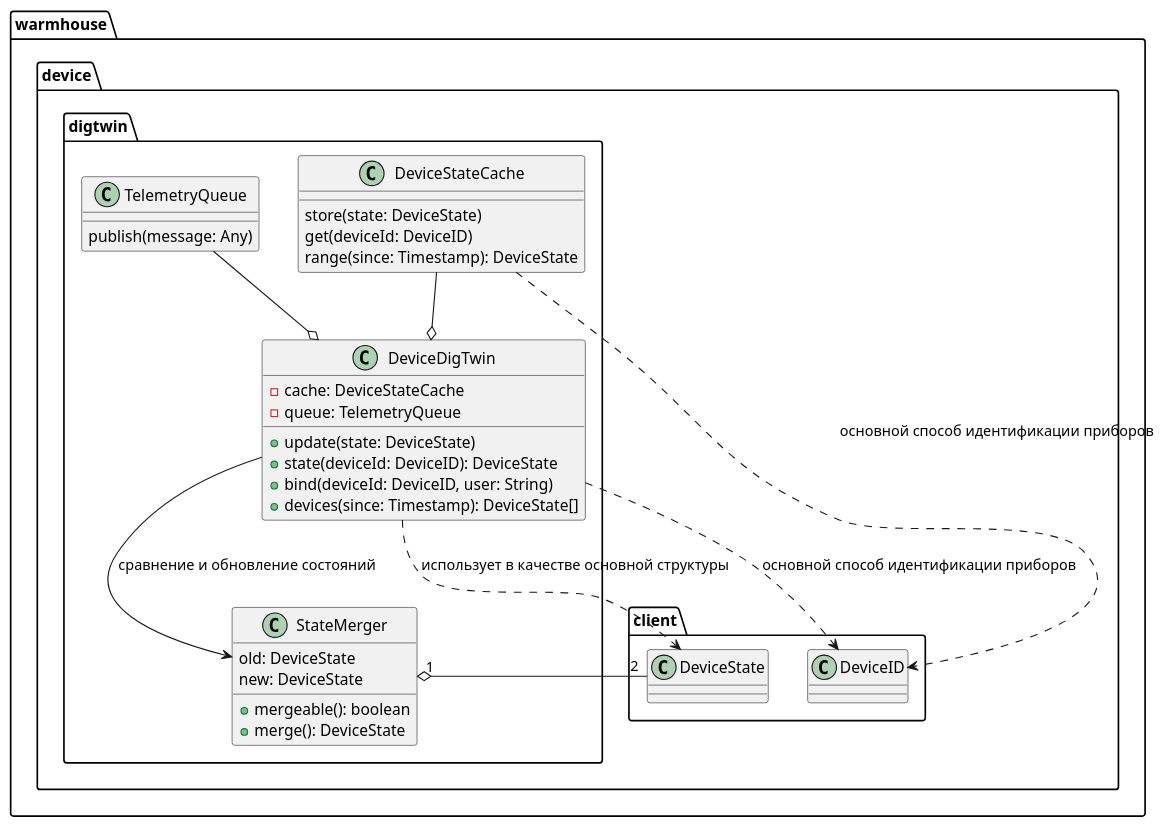
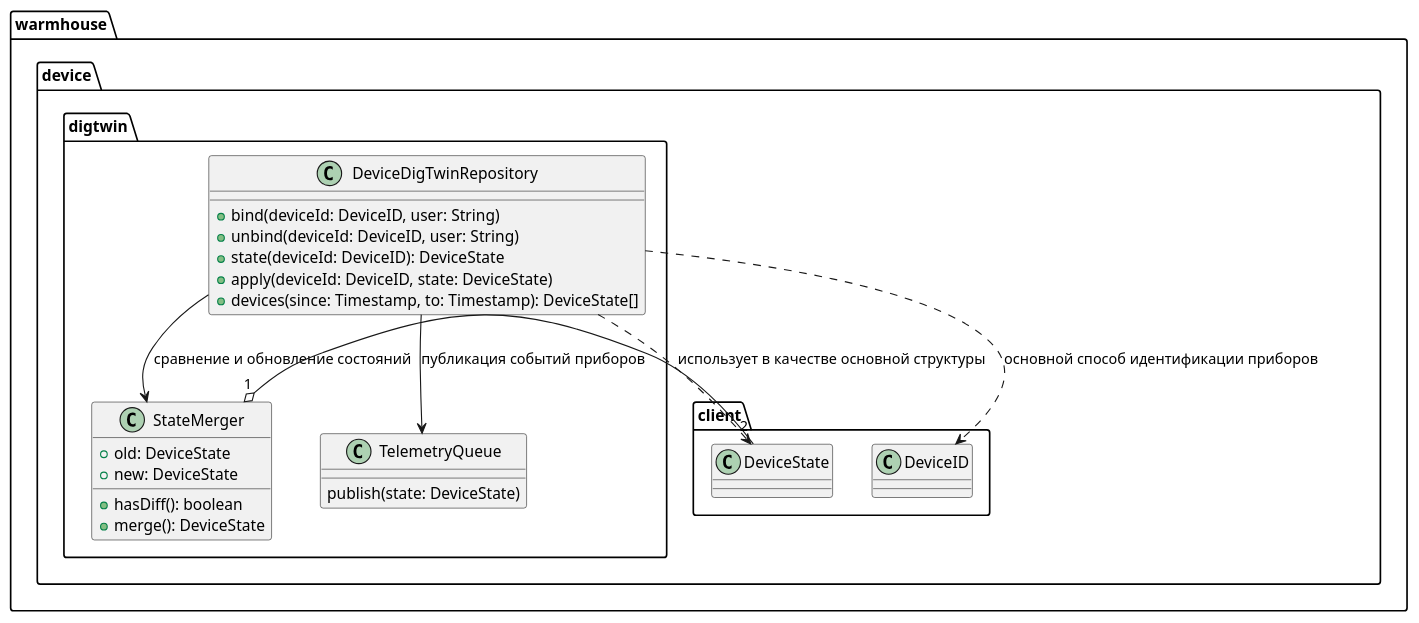
Before and after one commit to bitgorbovsky/yp-architecture-pro-warmhouse: the diagram in schemas/services/devices-controller/code-device-digtwin.puml, drawn with PlantUML. The commit also changed 13 other files, not shown here.

```diff
--- a/schemas/services/devices-controller/code-device-digtwin.puml
+++ b/schemas/services/devices-controller/code-device-digtwin.puml
@@ -1,45 +1,35 @@
 @startuml
 
 package warmhouse.device.digtwin {
-    class DeviceDigTwin {
-        - cache: DeviceStateCache
-        - queue: TelemetryQueue
-        + update(state: DeviceState)
+    class DeviceDigTwinRepository {
+        + bind(deviceId: DeviceID, user: String)
+        + unbind(deviceId: DeviceID, user: String)
         + state(deviceId: DeviceID): DeviceState
-        + bind(deviceId: DeviceID, user: String)
-        + devices(since: Timestamp): DeviceState[]
+        + apply(deviceId: DeviceID, state: DeviceState)
+        + devices(since: Timestamp, to: Timestamp): DeviceState[]
     }
 
     class StateMerger {
-        old: DeviceState
-        new: DeviceState
-        + mergeable(): boolean
+        + old: DeviceState
+        + new: DeviceState
+        + hasDiff(): boolean
         + merge(): DeviceState
     }
 
     class TelemetryQueue {
-        publish(message: Any)
-    }
-
-    class DeviceStateCache {
-        store(state: DeviceState)
-        get(deviceId: DeviceID)
-        range(since: Timestamp): DeviceState
+        publish(state: DeviceState)
     }
 }
 
 package warmhouse.device.client {
     class DeviceState
     class DeviceID
 }
 
-DeviceStateCache --o DeviceDigTwin
-DeviceStateCache ..> DeviceID : основной способ идентификации приборов
-TelemetryQueue --o DeviceDigTwin
-
-DeviceDigTwin --> StateMerger : cравнение и обновление состояний
+DeviceDigTwinRepository --> TelemetryQueue : публикация событий приборов
+DeviceDigTwinRepository --> StateMerger : cравнение и обновление состояний
+DeviceDigTwinRepository ..> DeviceState : использует в качестве основной структуры
+DeviceDigTwinRepository ..> DeviceID : основной способ идентификации приборов
 DeviceState "2" --o "1" StateMerger
-DeviceDigTwin ..> DeviceState : использует в качестве основной структуры
-DeviceDigTwin ..> DeviceID : основной способ идентификации приборов
 
 @enduml
```
